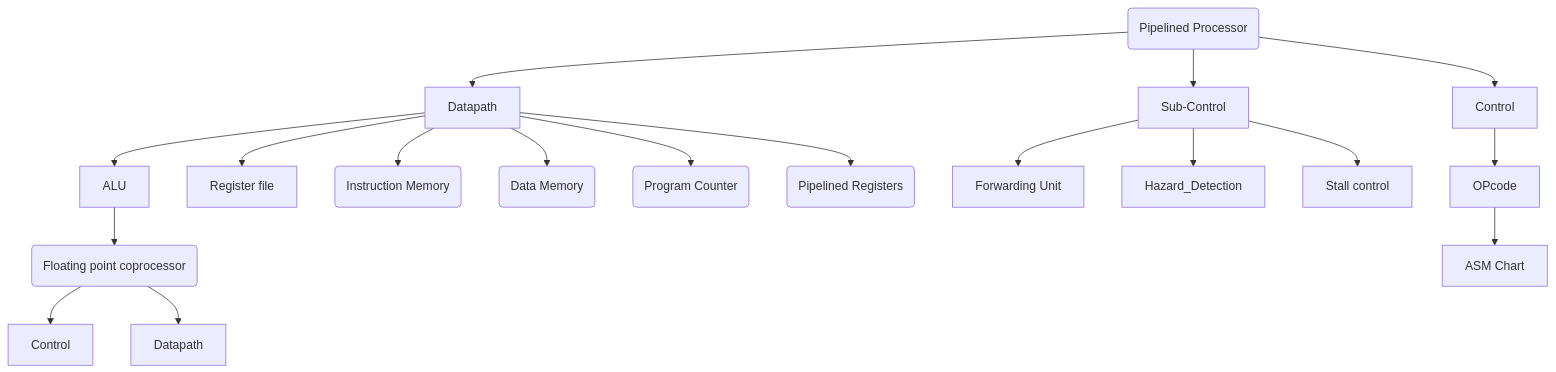
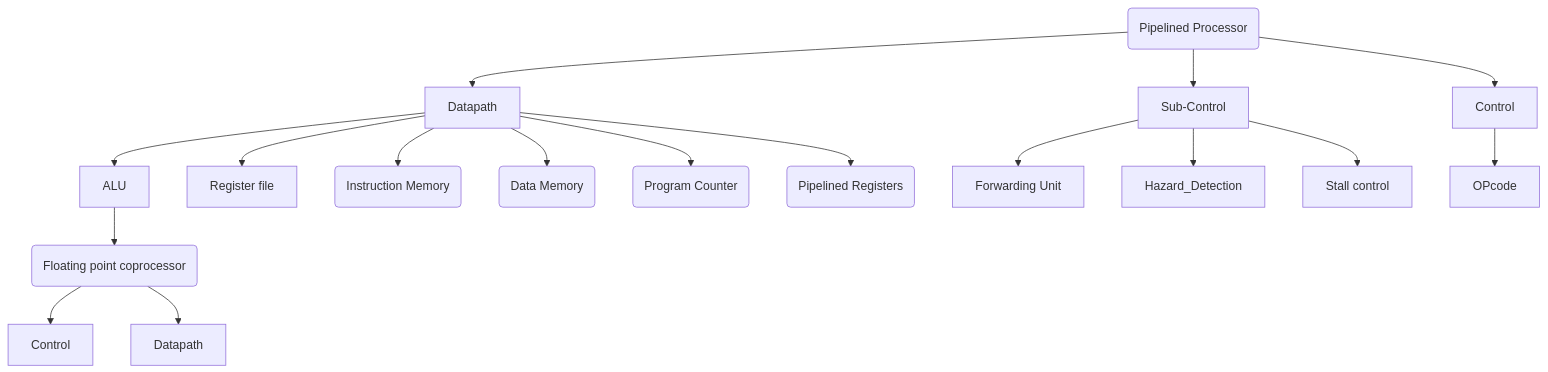
The diagram in README.md (sicajc/VLSI_CAD_Project), drawn with Mermaid before and after one commit. The commit also changed other lines of this file and 2 other files, not shown here.

Commit message:
DataPath graph done

````diff
--- a/README.md
+++ b/README.md
@@ -12,28 +12,28 @@
 ```mermaid
 
    graph TD
     PS(Pipelined Processor);
     ALU --> FP(Floating point coprocessor)
 
     FP --> FP_CTR[Control]
     FP --> E[Datapath]
 
     PS --> PS_CTR[Control]
     PS --> SPS_CTR[Sub-Control]
     PS --> PS_DP[Datapath]
 
     PS_DP --> REG[Register file]
     PS_DP --> ALU
     PS_DP --> IM(Instruction Memory)
     PS_DP --> DM(Data Memory)
     PS_DP --> PC(Program Counter)
     PS_DP --> PR(Pipelined Registers)
 
     SPS_CTR --> FW[Forwarding Unit]
     SPS_CTR --> HD[Hazard_Detection]
     SPS_CTR --> ST[Stall control]
 
 
-    PS_CTR --> OP[OPcode] --> ASM[ASM Chart]
+    PS_CTR --> OP[OPcode]
 
 ```
````
